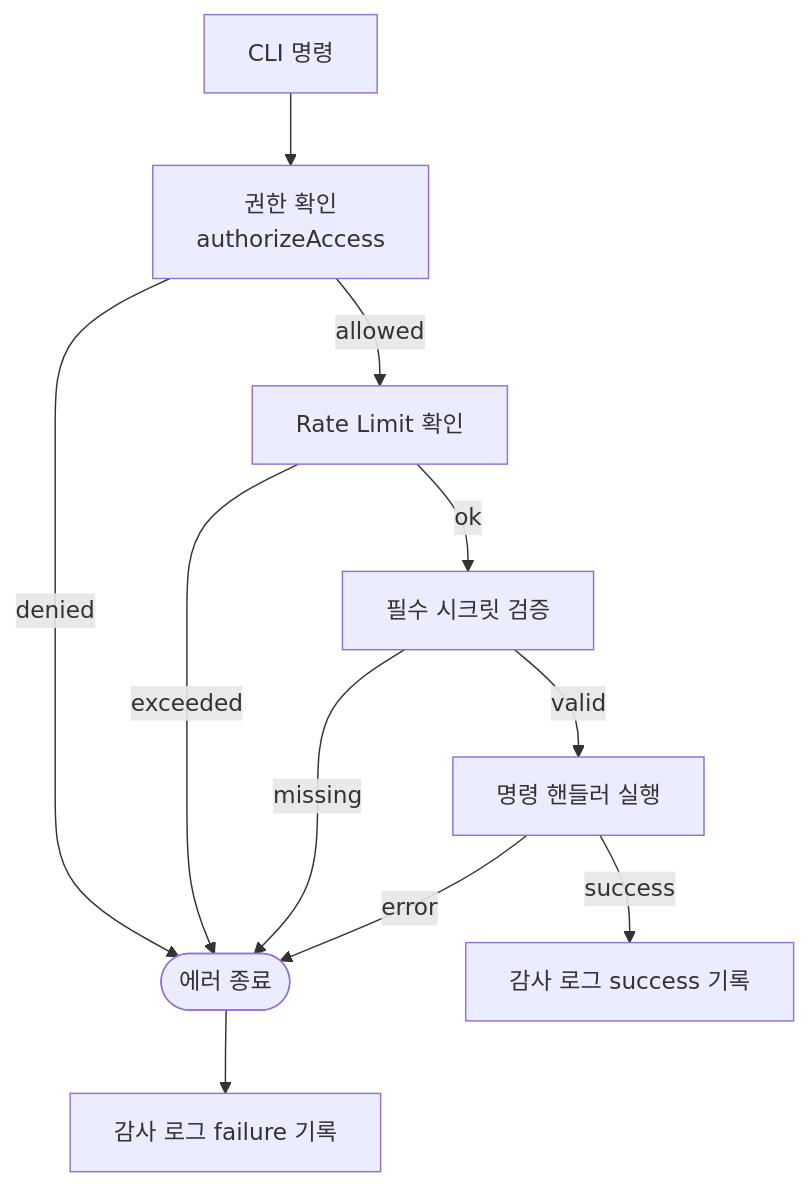
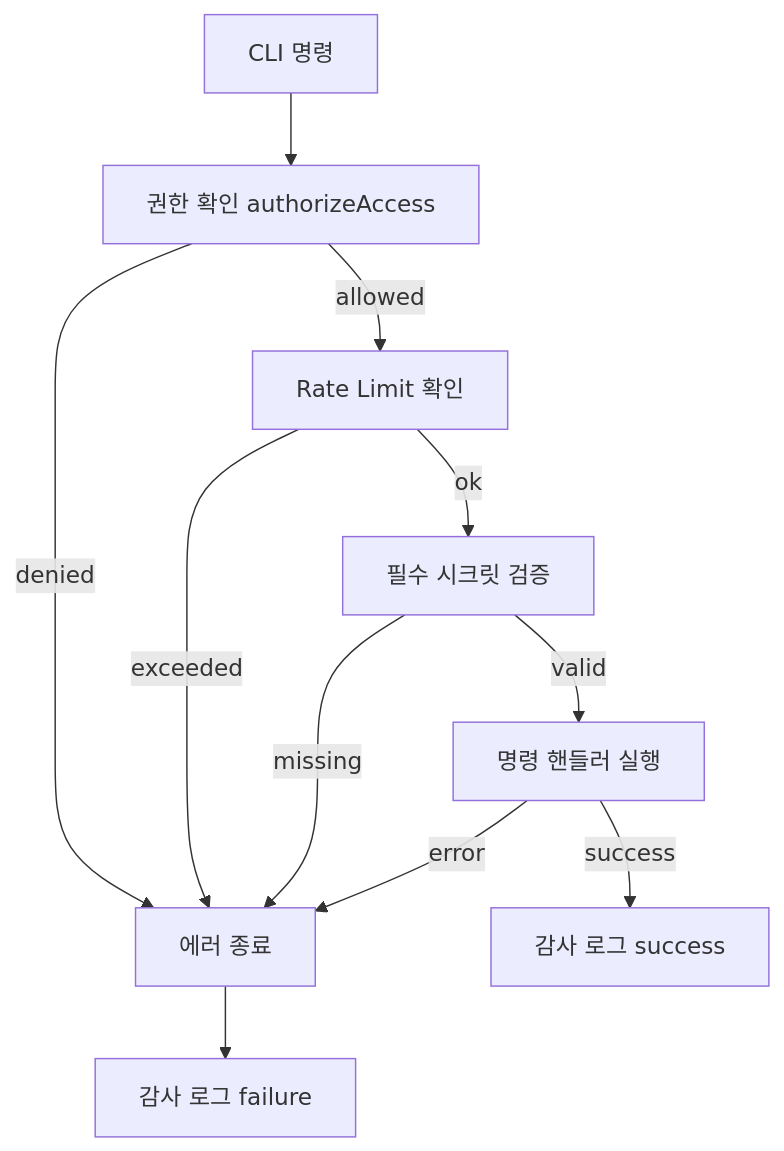
The sixth of 7 diagrams in docs/FLOW CHART.md (pandol69kim-bot/gitautopipe), drawn with Mermaid before and after one commit. The commit also changed other lines of this file and 5 other files, not shown here.

Commit message:
feat: Add new diagrams and update existing documentation for improved clarity and Mermaid compatibility

````diff
--- a/docs/FLOW CHART.md
+++ b/docs/FLOW CHART.md
@@ -94,13 +94,13 @@
 ```mermaid
 flowchart TB
-    CLI[CLI 명령] --> Auth[권한 확인\nauthorizeAccess]
-    Auth -- denied --> Fail([에러 종료])
+    CLI[CLI 명령] --> Auth[권한 확인 authorizeAccess]
+    Auth -- denied --> Fail[에러 종료]
     Auth -- allowed --> Rate[Rate Limit 확인]
     Rate -- exceeded --> Fail
     Rate -- ok --> Secrets[필수 시크릿 검증]
     Secrets -- missing --> Fail
     Secrets -- valid --> Handler[명령 핸들러 실행]
     Handler -- error --> Fail
-    Handler -- success --> AuditOK[감사 로그 success 기록]
-    Fail --> AuditFail[감사 로그 failure 기록]
+    Handler -- success --> AuditOK[감사 로그 success]
+    Fail --> AuditFail[감사 로그 failure]
 ```
````
